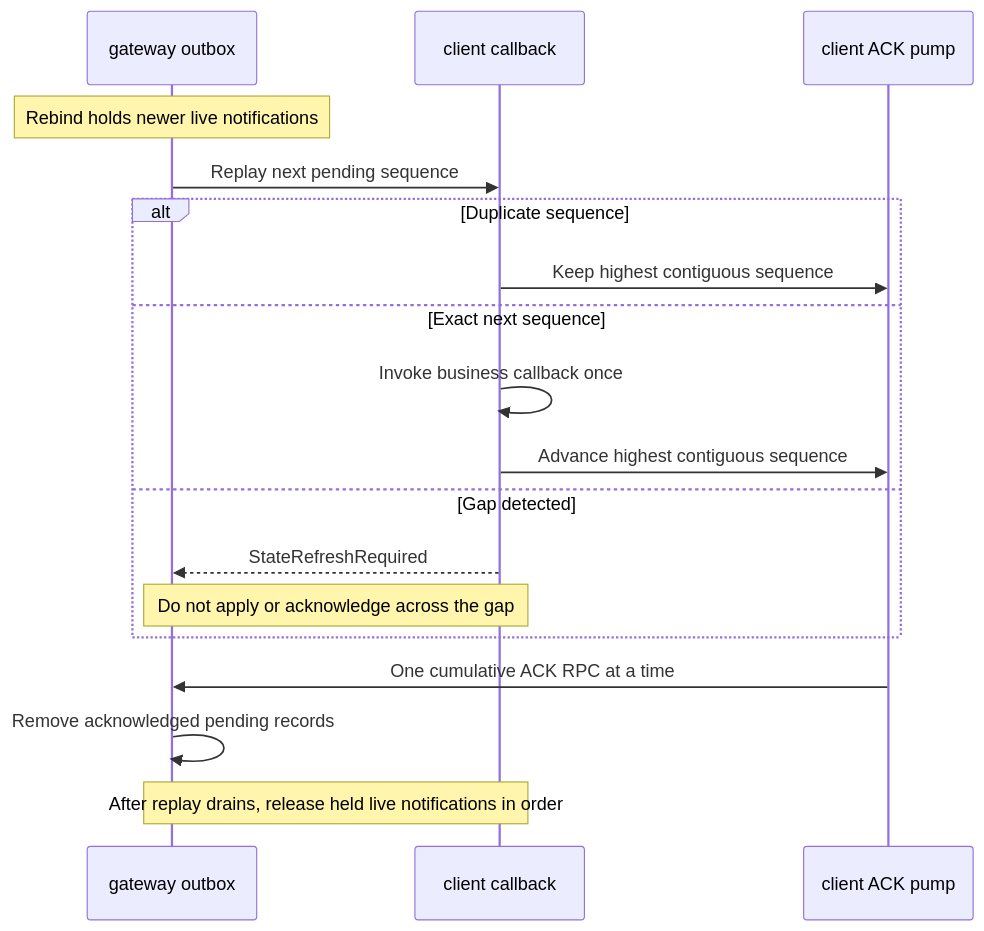
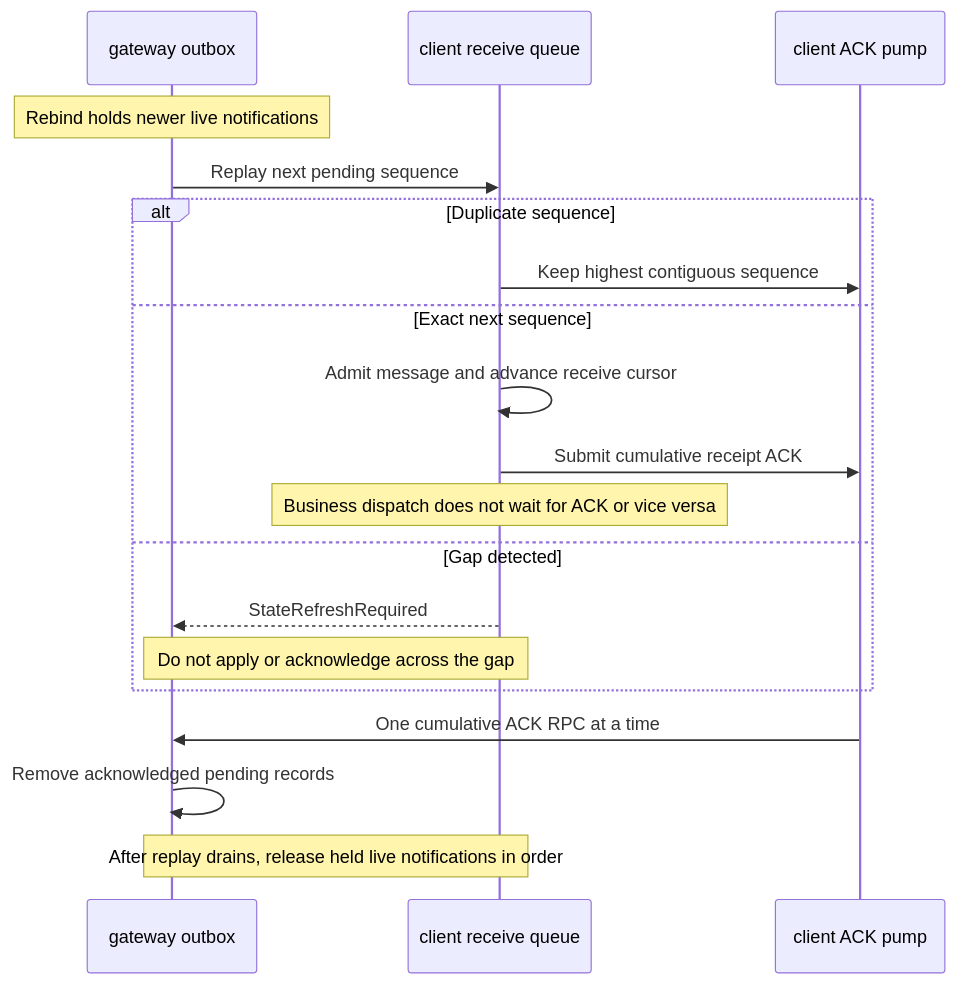
One commit to bruce48x/Lakona changed the eighth of 8 diagrams in docs/session.md. Above: the diagram before and after it, drawn with Mermaid. The commit also changed other lines of this file and 60 other files, not shown here.

Commit message:
feat(rpc): preserve message entry order and acknowledge reliable push on receipt

````diff
--- a/docs/session.md
+++ b/docs/session.md
@@ -692,21 +692,22 @@
 ```mermaid
 sequenceDiagram
     participant O as gateway outbox
-    participant C as client callback
+    participant C as client receive queue
     participant A as client ACK pump
 
     Note over O: Rebind holds newer live notifications
     O->>C: Replay next pending sequence
     alt Duplicate sequence
         C->>A: Keep highest contiguous sequence
     else Exact next sequence
-        C->>C: Invoke business callback once
-        C->>A: Advance highest contiguous sequence
+        C->>C: Admit message and advance receive cursor
+        C->>A: Submit cumulative receipt ACK
+        Note over C: Business dispatch does not wait for ACK or vice versa
     else Gap detected
         C-->>O: StateRefreshRequired
         Note over C,O: Do not apply or acknowledge across the gap
     end
     A->>O: One cumulative ACK RPC at a time
     O->>O: Remove acknowledged pending records
     Note over O,C: After replay drains, release held live notifications in order
 ```
````
